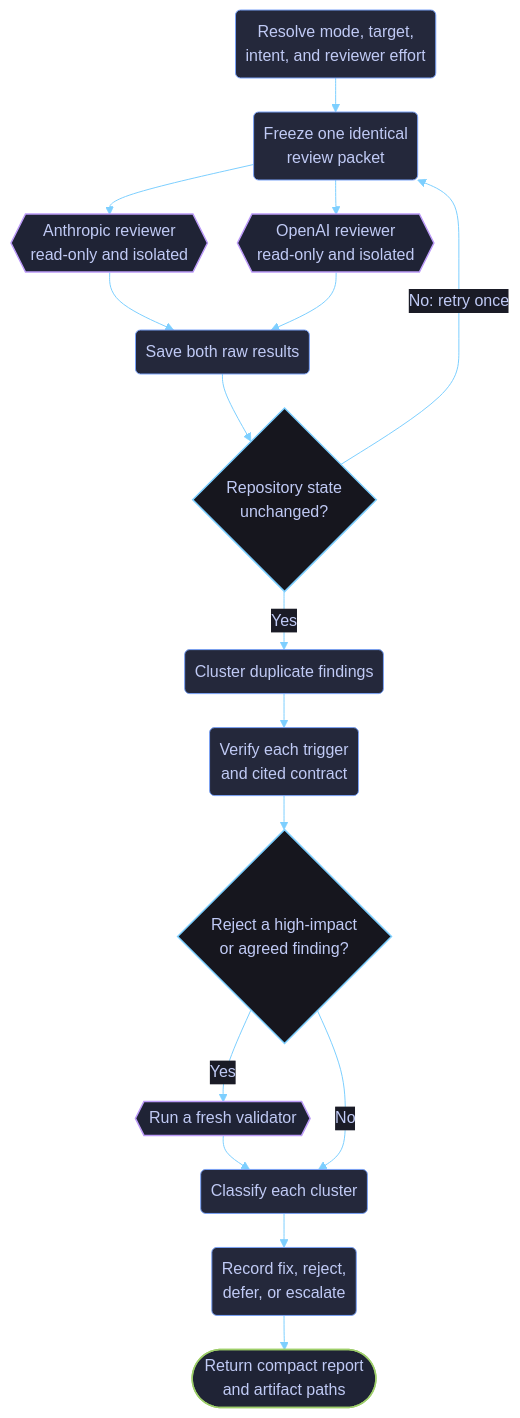
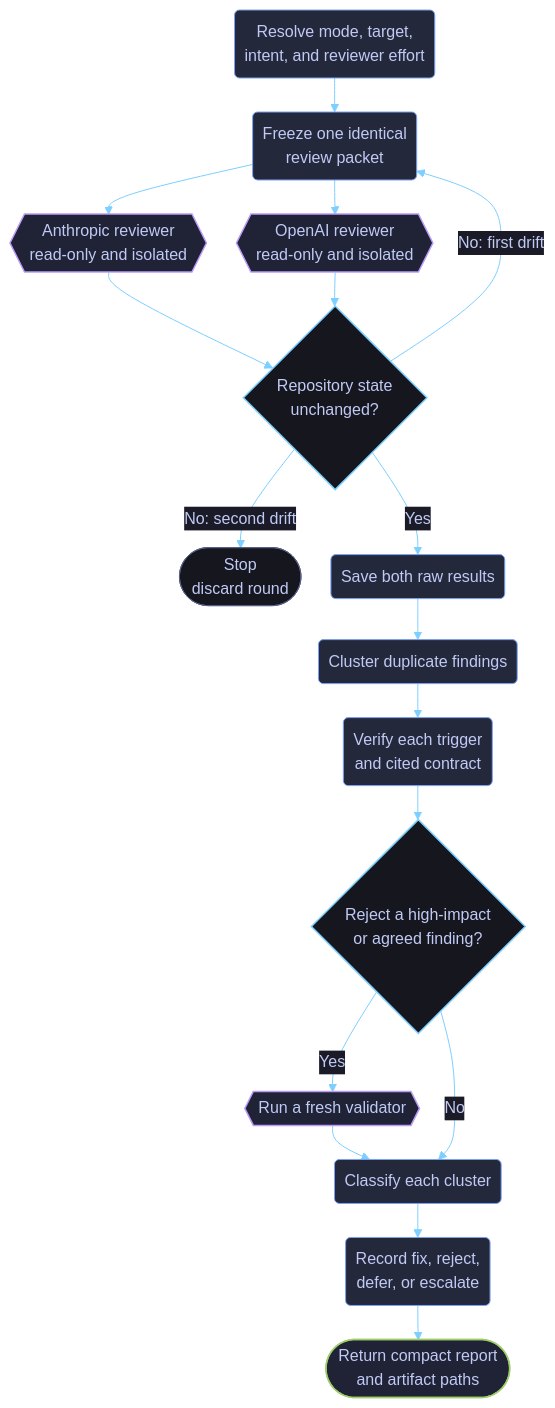
One commit to dvo-dev/copilot-guidance changed the diagram in docs/skill-workflows/adversarial-review.md. Above: the diagram before and after it, drawn with Mermaid. The commit also changed 11 other files, not shown here.

````diff
--- a/docs/skill-workflows/adversarial-review.md
+++ b/docs/skill-workflows/adversarial-review.md
@@ -14,28 +14,31 @@
 ```mermaid
 %%{init: {"theme":"base","themeVariables":{"background":"#1a1b26","primaryColor":"#24283b","primaryTextColor":"#c0caf5","primaryBorderColor":"#7aa2f7","secondaryColor":"#1f2335","secondaryTextColor":"#c0caf5","secondaryBorderColor":"#bb9af7","tertiaryColor":"#16161e","tertiaryTextColor":"#c0caf5","tertiaryBorderColor":"#7dcfff","lineColor":"#7dcfff","textColor":"#c0caf5","mainBkg":"#24283b","nodeBorder":"#7aa2f7","clusterBkg":"#16161e","clusterBorder":"#565f89","defaultLinkColor":"#7dcfff","edgeLabelBackground":"#1a1b26","titleColor":"#bb9af7","fontFamily":"ui-monospace, SFMono-Regular, Menlo, Monaco, Consolas, Liberation Mono, monospace"},"flowchart":{"curve":"basis","htmlLabels":true,"nodeSpacing":30,"rankSpacing":34,"padding":10}}}%%
 flowchart TD
     A("Resolve mode, target,<br/>intent, and reviewer effort") --> B("Freeze one identical<br/>review packet")
     B --> C{{"Anthropic reviewer<br/>read-only and isolated"}}
     B --> D{{"OpenAI reviewer<br/>read-only and isolated"}}
-    C --> E("Save both raw results")
-    D --> E
-    E --> F{"Repository state<br/>unchanged?"}
-    F -->|No: retry once| B
-    F -->|Yes| G("Cluster duplicate findings")
+    C --> F{"Repository state<br/>unchanged?"}
+    D --> F
+    F -->|No: first drift| B
+    F -->|No: second drift| T(["Stop<br/>discard round"])
+    F -->|Yes| E("Save both raw results")
+    E --> G("Cluster duplicate findings")
     G --> H("Verify each trigger<br/>and cited contract")
     H --> I{"Reject a high-impact<br/>or agreed finding?"}
     I -->|Yes| J{{"Run a fresh validator"}}
     J --> K("Classify each cluster")
     I -->|No| K
     K --> L("Record fix, reject,<br/>defer, or escalate")
     L --> M(["Return compact report<br/>and artifact paths"])
 
     classDef stage fill:#24283b,stroke:#7aa2f7,stroke-width:1px,color:#c0caf5;
     classDef delegated fill:#1f2335,stroke:#bb9af7,stroke-width:1.5px,color:#c0caf5;
     classDef human fill:#1f2335,stroke:#9ece6a,stroke-width:1.5px,color:#c0caf5;
+    classDef terminal fill:#16161e,stroke:#565f89,stroke-width:1px,color:#c0caf5;
     classDef decision fill:#16161e,stroke:#7dcfff,stroke-width:1.5px,color:#c0caf5;
     class A,B,E,G,H,K,L stage;
     class C,D,J delegated;
     class M human;
+    class T terminal;
     class F,I decision;
 ```
````
